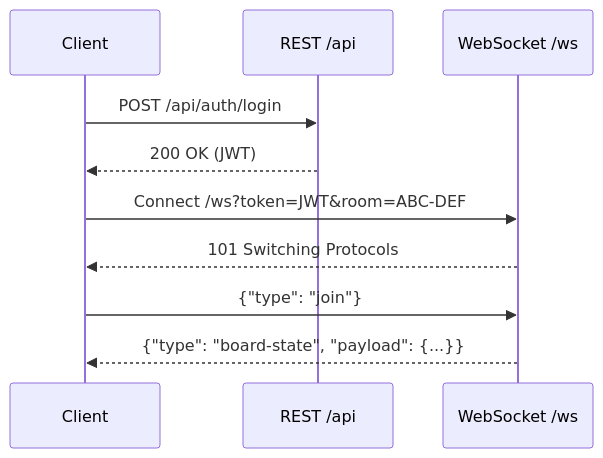
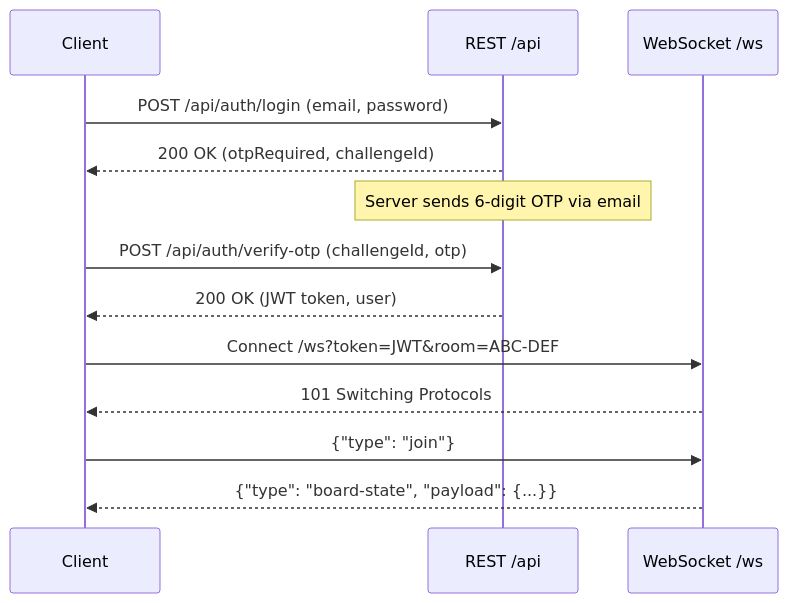
One commit to Mohitkumar7295/Real-Time-Communication-App changed the first of 2 diagrams in docs/API.md. Above: the diagram before and after it, drawn with Mermaid. The commit also changed other lines of this file and 6 other files, not shown here.

Commit message:
docs: add email OTP 2FA to specifications and architecture

````diff
--- a/docs/API.md
+++ b/docs/API.md
@@ -148,12 +142,15 @@
 ```mermaid
 sequenceDiagram
     participant C as Client
     participant API as REST /api
     participant WS as WebSocket /ws
-    C->>API: POST /api/auth/login
-    API-->>C: 200 OK (JWT)
+    C->>API: POST /api/auth/login (email, password)
+    API-->>C: 200 OK (otpRequired, challengeId)
+    Note over API: Server sends 6-digit OTP via email
+    C->>API: POST /api/auth/verify-otp (challengeId, otp)
+    API-->>C: 200 OK (JWT token, user)
     C->>WS: Connect /ws?token=JWT&room=ABC-DEF
     WS-->>C: 101 Switching Protocols
     C->>WS: {"type": "join"}
     WS-->>C: {"type": "board-state", "payload": {...}}
 ```
````
